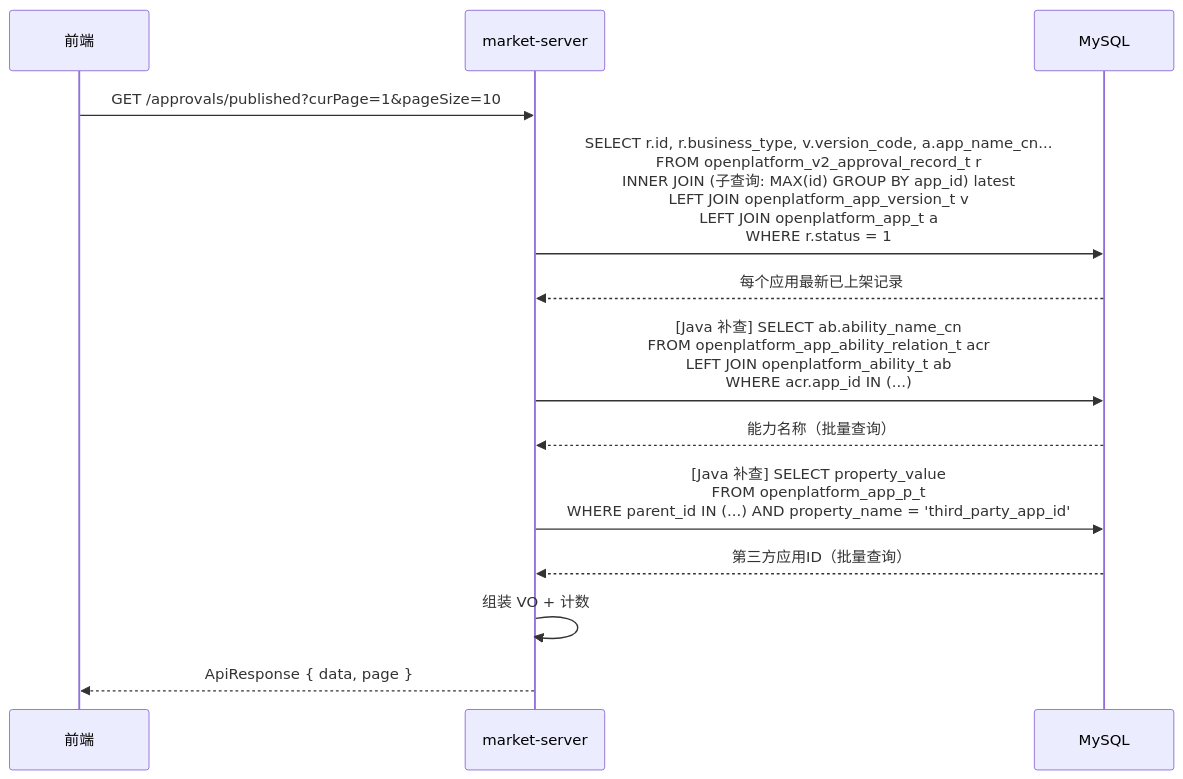
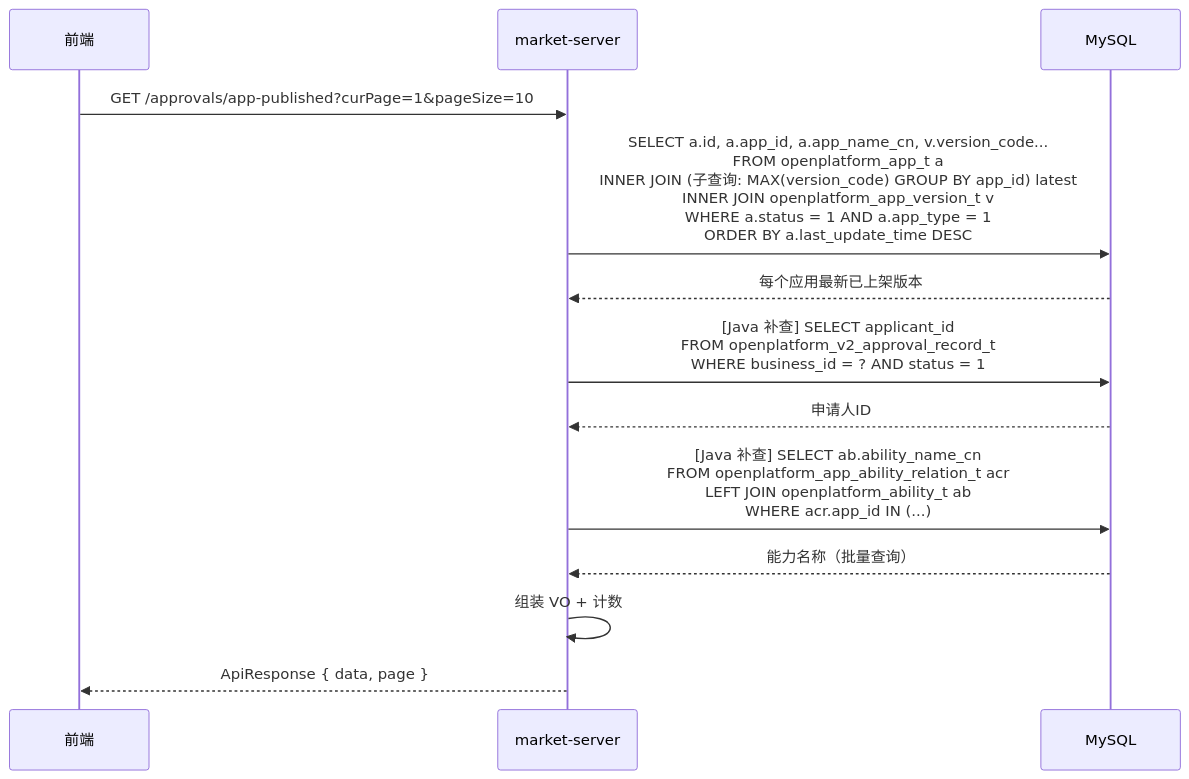
One commit to THZSummer/open-app changed the fifth of 7 diagrams in docs/market-server/approval-management-requirement.md. Above: the diagram before and after it, drawn with Mermaid. The commit also changed other lines of this file and 1 other file, not shown here.

````diff
--- a/docs/market-server/approval-management-requirement.md
+++ b/docs/market-server/approval-management-requirement.md
@@ -444,16 +447,16 @@
 ```mermaid
 sequenceDiagram
     participant FE as 前端
     participant MS as market-server
     participant DB as MySQL
 
-    FE->>MS: GET /approvals/published?curPage=1&pageSize=10
-    MS->>DB: SELECT r.id, r.business_type, v.version_code, a.app_name_cn...<br/>FROM openplatform_v2_approval_record_t r<br/>INNER JOIN (子查询: MAX(id) GROUP BY app_id) latest<br/>LEFT JOIN openplatform_app_version_t v<br/>LEFT JOIN openplatform_app_t a<br/>WHERE r.status = 1
-    DB-->>MS: 每个应用最新已上架记录
+    FE->>MS: GET /approvals/app-published?curPage=1&pageSize=10
+    MS->>DB: SELECT a.id, a.app_id, a.app_name_cn, v.version_code...<br/>FROM openplatform_app_t a<br/>INNER JOIN (子查询: MAX(version_code) GROUP BY app_id) latest<br/>INNER JOIN openplatform_app_version_t v<br/>WHERE a.status = 1 AND a.app_type = 1<br/>ORDER BY a.last_update_time DESC
+    DB-->>MS: 每个应用最新已上架版本
+    MS->>DB: [Java 补查] SELECT applicant_id<br/>FROM openplatform_v2_approval_record_t<br/>WHERE business_id = ? AND status = 1
+    DB-->>MS: 申请人ID
     MS->>DB: [Java 补查] SELECT ab.ability_name_cn<br/>FROM openplatform_app_ability_relation_t acr<br/>LEFT JOIN openplatform_ability_t ab<br/>WHERE acr.app_id IN (...)
     DB-->>MS: 能力名称（批量查询）
-    MS->>DB: [Java 补查] SELECT property_value<br/>FROM openplatform_app_p_t<br/>WHERE parent_id IN (...) AND property_name = 'third_party_app_id'
-    DB-->>MS: 第三方应用ID（批量查询）
     MS->>MS: 组装 VO + 计数
     MS-->>FE: ApiResponse { data, page }
 ```
````
